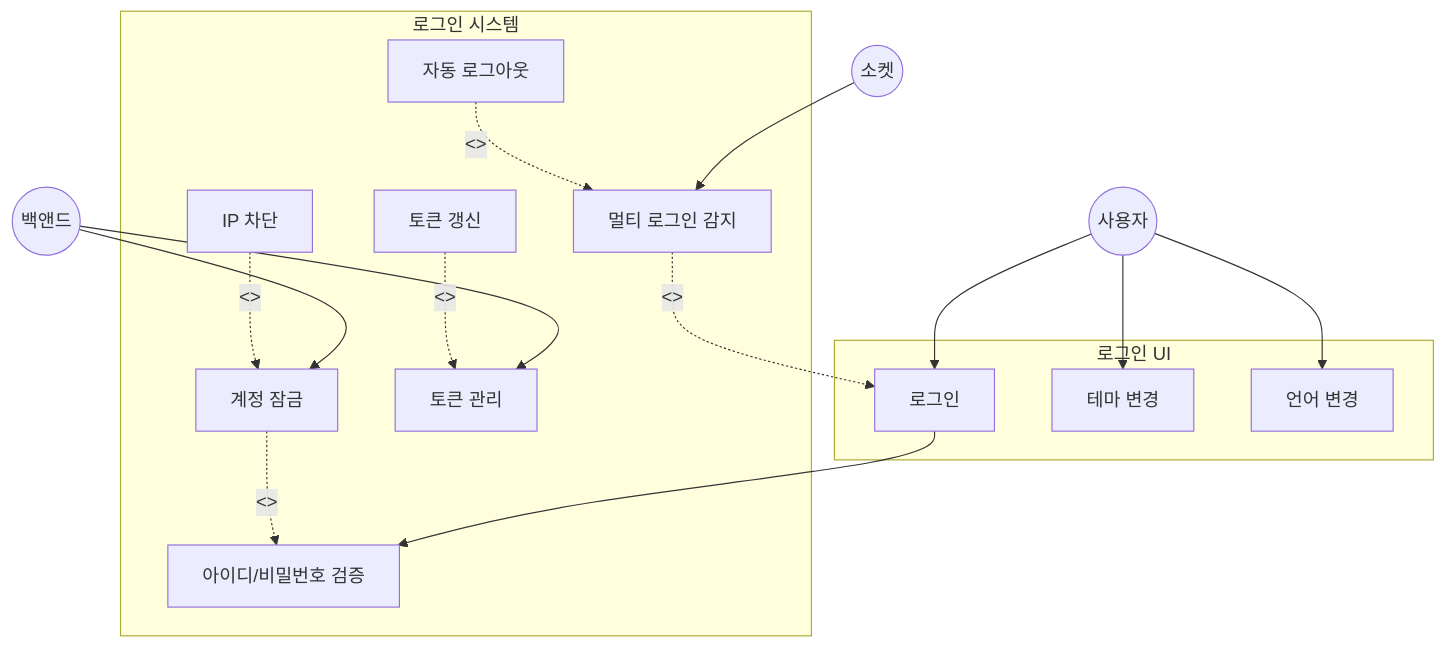
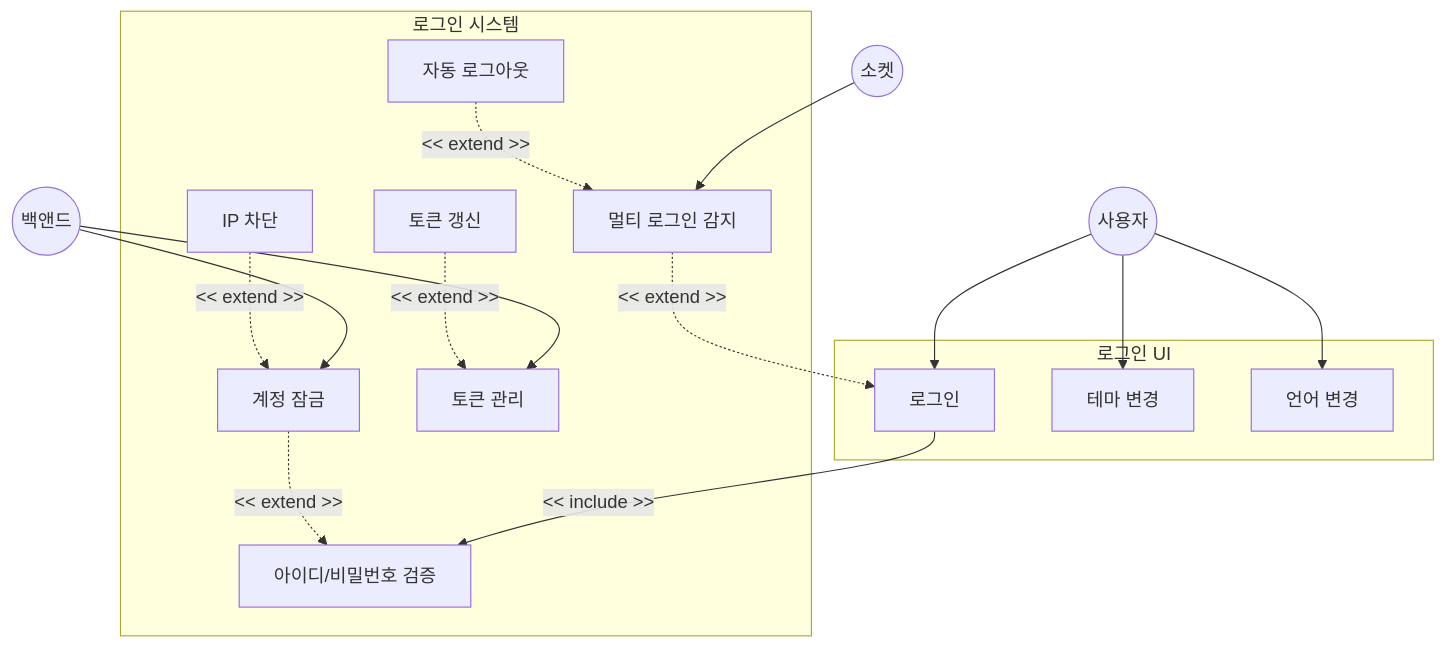
The diagram in documents/분석/로그인/02.flow.md (thanksLee/vitamin-monorepo), drawn with Mermaid before and after one commit.

Commit message:
[COMMON][MONOREPO][#15] docs: Update document

````diff
--- a/documents/분석/로그인/02.flow.md
+++ b/documents/분석/로그인/02.flow.md
@@ -7,56 +7,56 @@
 ```mermaid
 flowchart TB
     %% Actors
     User((사용자))
     Socket((소켓))
     Backend((백앤드))
 
     %% Use Cases
     Login[로그인]
     ValidateCredentials[아이디/비밀번호 검증]
     ChangeTheme[테마 변경]
     ChangeLanguage[언어 변경]
     AccountLock[계정 잠금]
     IPBlock[IP 차단]
     TokenManagement[토큰 관리]
     MultiLoginDetection[멀티 로그인 감지]
     AutoLogout[자동 로그아웃]
     RefreshToken[토큰 갱신]
 
     %% Relationships
     User --> Login
     User --> ChangeTheme
     User --> ChangeLanguage
     Socket --> MultiLoginDetection
     Backend --> AccountLock
     Backend --> TokenManagement
 
     %% Include relationships
-    Login --> ValidateCredentials
+    Login --> | &lt;&lt; include &gt;&gt;|ValidateCredentials
 
     %% Extend relationships
-    AccountLock -.-> |<<extend>>| ValidateCredentials
-    IPBlock -.-> |<<extend>>| AccountLock
-    MultiLoginDetection -.-> |<<extend>>| Login
-    AutoLogout -.-> |<<extend>>| MultiLoginDetection
-    RefreshToken -.-> |<<extend>>| TokenManagement
+    AccountLock -.-> |&lt;&lt; extend &gt;&gt;| ValidateCredentials
+    IPBlock -.-> |&lt;&lt; extend &gt;&gt;| AccountLock
+    MultiLoginDetection -.-> |&lt;&lt; extend &gt;&gt;| Login
+    AutoLogout -.-> |&lt;&lt; extend &gt;&gt;| MultiLoginDetection
+    RefreshToken -.-> |&lt;&lt; extend &gt;&gt;| TokenManagement
 
     %% Frontend boundary
     subgraph 로그인 UI
         Login
         ChangeTheme
         ChangeLanguage
     end
 
     %% Backend boundary
     subgraph 로그인 시스템
         ValidateCredentials
         AccountLock
         IPBlock
         TokenManagement
         MultiLoginDetection
         AutoLogout
         RefreshToken
     end
 
 ```
````
